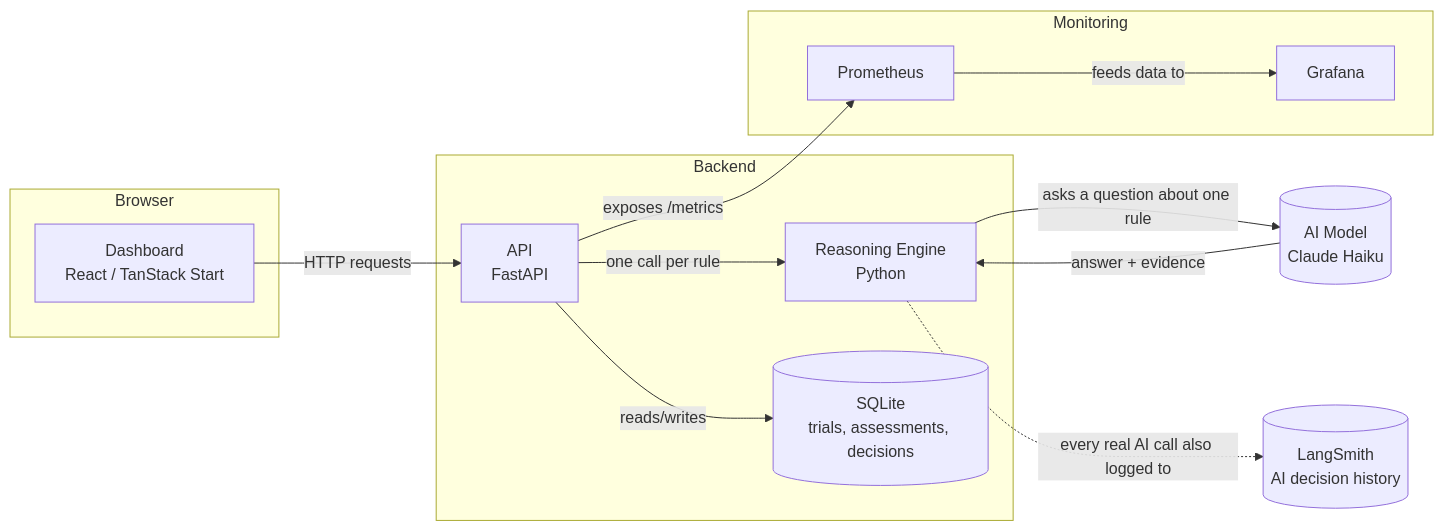
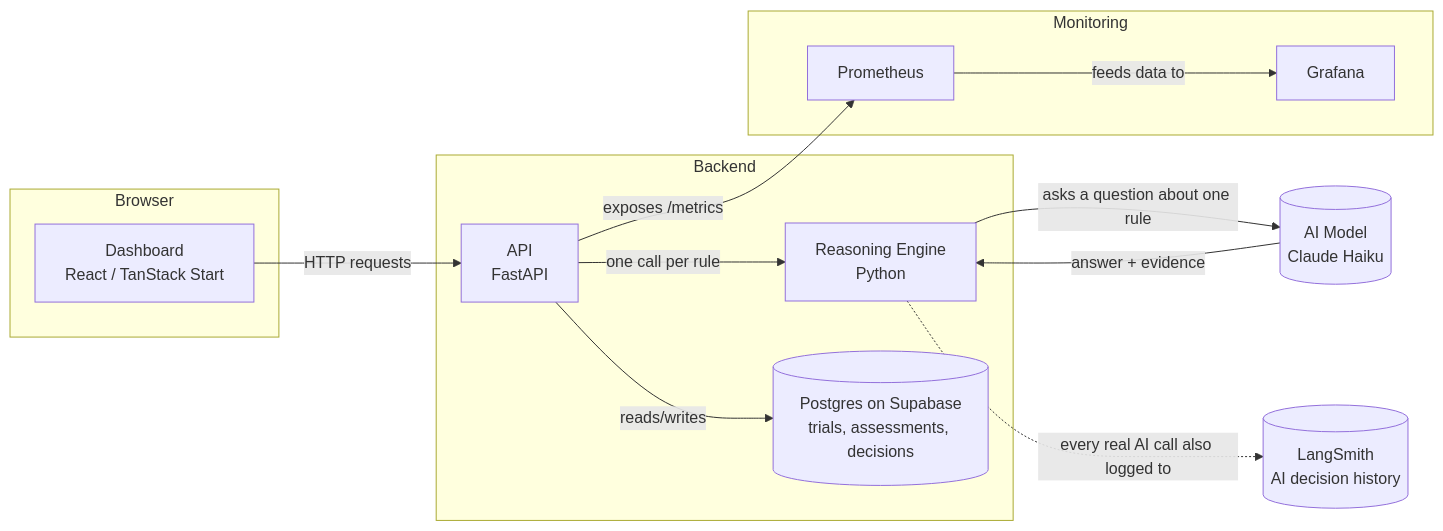
Before and after one commit to CogKnowEdge-Solutions/Production-Layer: the second of 3 diagrams in CareMatch-Prototype/README.md, drawn with Mermaid. The commit also changed other lines of this file and 7 other files, not shown here.

Commit message:
Update docs: Supabase Postgres pooler, Cloud Run deployment, needs-more-review UX, Playwright tests

````diff
--- a/CareMatch-Prototype/README.md
+++ b/CareMatch-Prototype/README.md
@@ -122,29 +123,29 @@
 ```mermaid
 flowchart LR
     subgraph Browser
         UI[Dashboard<br/>React / TanStack Start]
     end
 
     subgraph Backend
         API[API<br/>FastAPI]
         ENGINE[Reasoning Engine<br/>Python]
-        DB[(SQLite<br/>trials, assessments, decisions)]
+        DB[(Postgres on Supabase<br/>trials, assessments, decisions)]
     end
 
     subgraph Monitoring
         PROM[Prometheus]
         GRAF[Grafana]
     end
 
     LLM[(AI Model<br/>Claude Haiku)]
     LS[(LangSmith<br/>AI decision history)]
 
     UI -- HTTP requests --> API
     API -- one call per rule --> ENGINE
     ENGINE -- asks a question about one rule --> LLM
     LLM -- answer + evidence --> ENGINE
     API -- reads/writes --> DB
     API -- exposes /metrics --> PROM
     PROM -- feeds data to --> GRAF
     ENGINE -. every real AI call also logged to .-> LS
 ```
````
